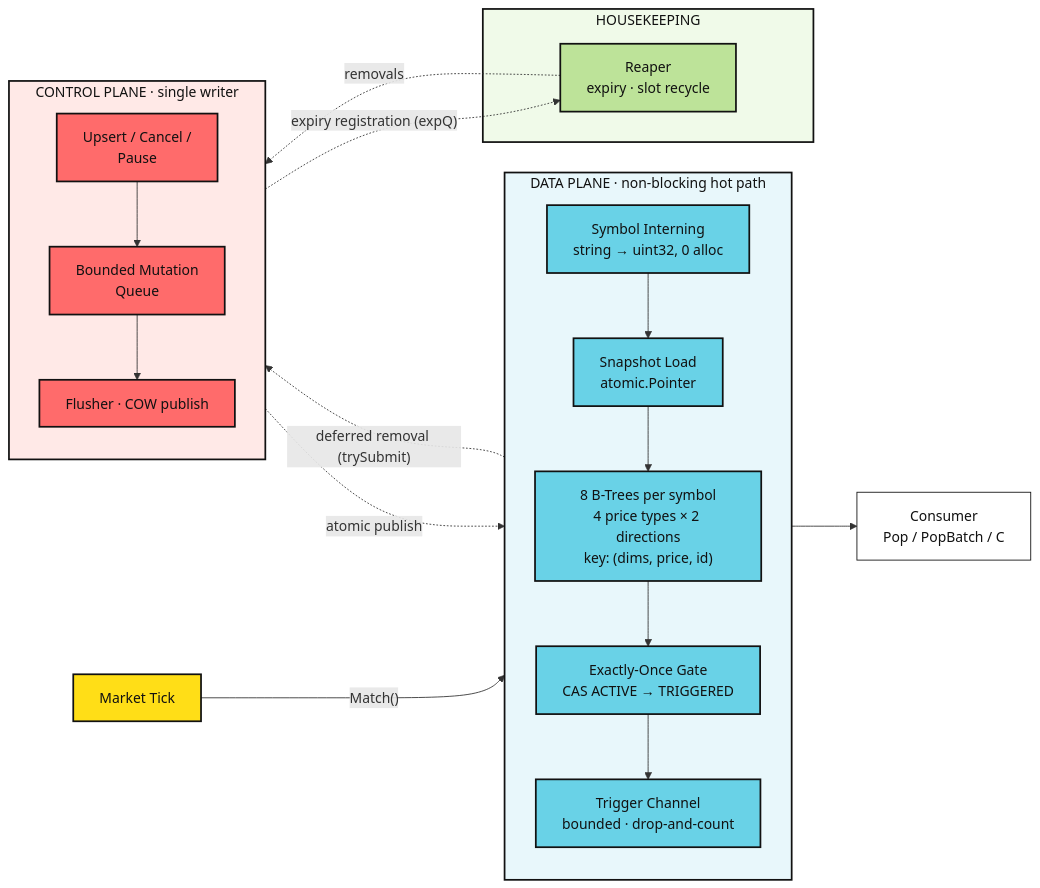
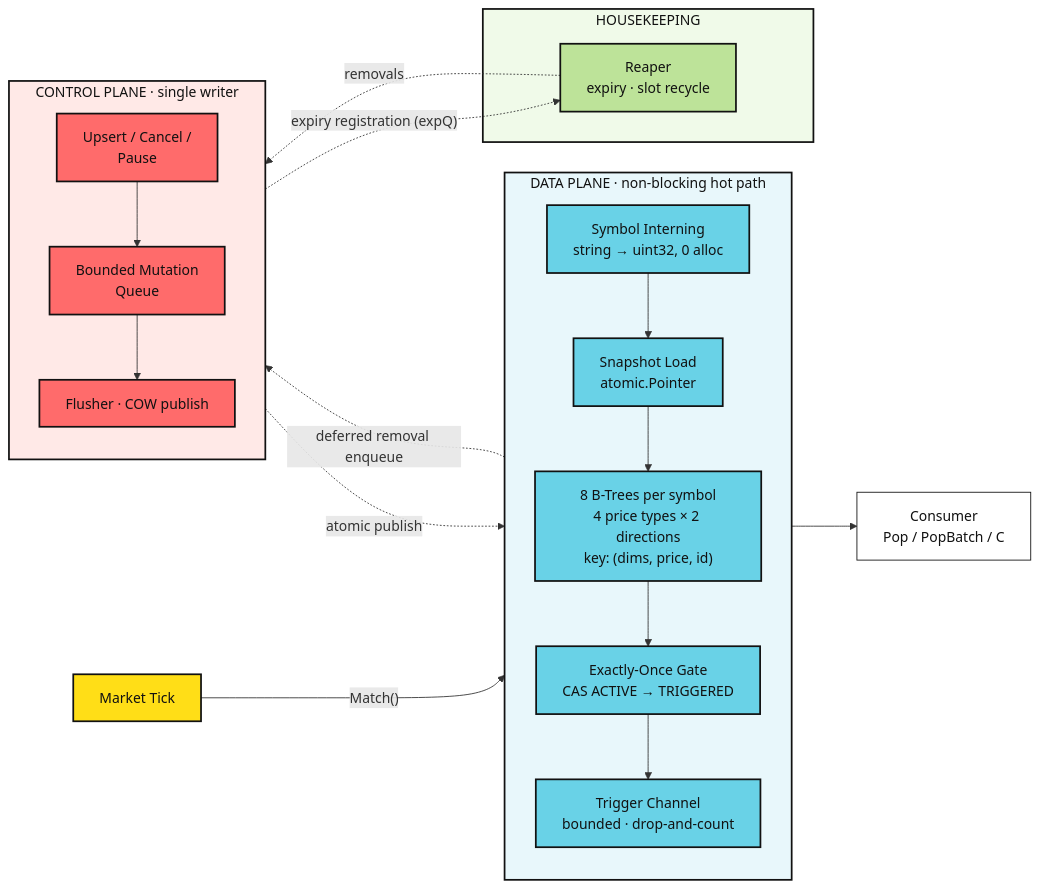
The diagram in README.md (emirakts0/chrono-tree), drawn with Mermaid before and after one commit. The commit also changed other lines of this file and 1 other file, not shown here.

````diff
--- a/README.md
+++ b/README.md
@@ -42,51 +42,51 @@
 ```mermaid
 flowchart LR
     T["Market Tick"]
 
     subgraph DP["DATA PLANE · non-blocking hot path"]
         direction TB
         IN["Symbol Interning<br/>string → uint32, 0 alloc"]
         SNAP["Snapshot Load<br/>atomic.Pointer"]
         TREES["8 B-Trees per symbol<br/>4 price types × 2 directions<br/>key: (dims, price, id)"]
         CAS["Exactly-Once Gate<br/>CAS ACTIVE → TRIGGERED"]
         RING["Trigger Channel<br/>bounded · drop-and-count"]
         IN --> SNAP --> TREES --> CAS --> RING
     end
 
     subgraph CP["CONTROL PLANE · single writer"]
         direction TB
         API["Upsert / Cancel /<br/>Pause"]
         MQ["Bounded Mutation<br/>Queue"]
         FL["Flusher · COW publish"]
         API --> MQ --> FL
     end
 
     subgraph HK["HOUSEKEEPING"]
         RP["Reaper<br/>expiry · slot recycle"]
     end
 
     OUT["Consumer<br/>Pop / PopBatch / C"]
 
     T -- "Match()" --> IN
     RING --> OUT
     FL -. "atomic publish" .-> SNAP
     RP -. "removals" .-> MQ
-    CAS -. "deferred removal (trySubmit)" .-> MQ
+    CAS -. "deferred removal enqueue" .-> MQ
     API -. "expiry registration (expQ)" .-> RP
 
     classDef input fill:#FFDE17,stroke:#111,stroke-width:2px,color:#111
     classDef data fill:#69D2E7,stroke:#111,stroke-width:2px,color:#111
     classDef control fill:#FF6B6B,stroke:#111,stroke-width:2px,color:#111
     classDef house fill:#BDE399,stroke:#111,stroke-width:2px,color:#111
     classDef comp fill:#ffffff,stroke:#111,stroke-width:1px,color:#111
 
     class T input
     class IN,SNAP,TREES,CAS,RING data
     class API,MQ,FL control
     class RP house
     class OUT comp
 
     style DP fill:#E8F7FB,stroke:#111,stroke-width:2px,color:#111
     style CP fill:#FFE9E7,stroke:#111,stroke-width:2px,color:#111
     style HK fill:#F0FAE9,stroke:#111,stroke-width:2px,color:#111
 ```
````
